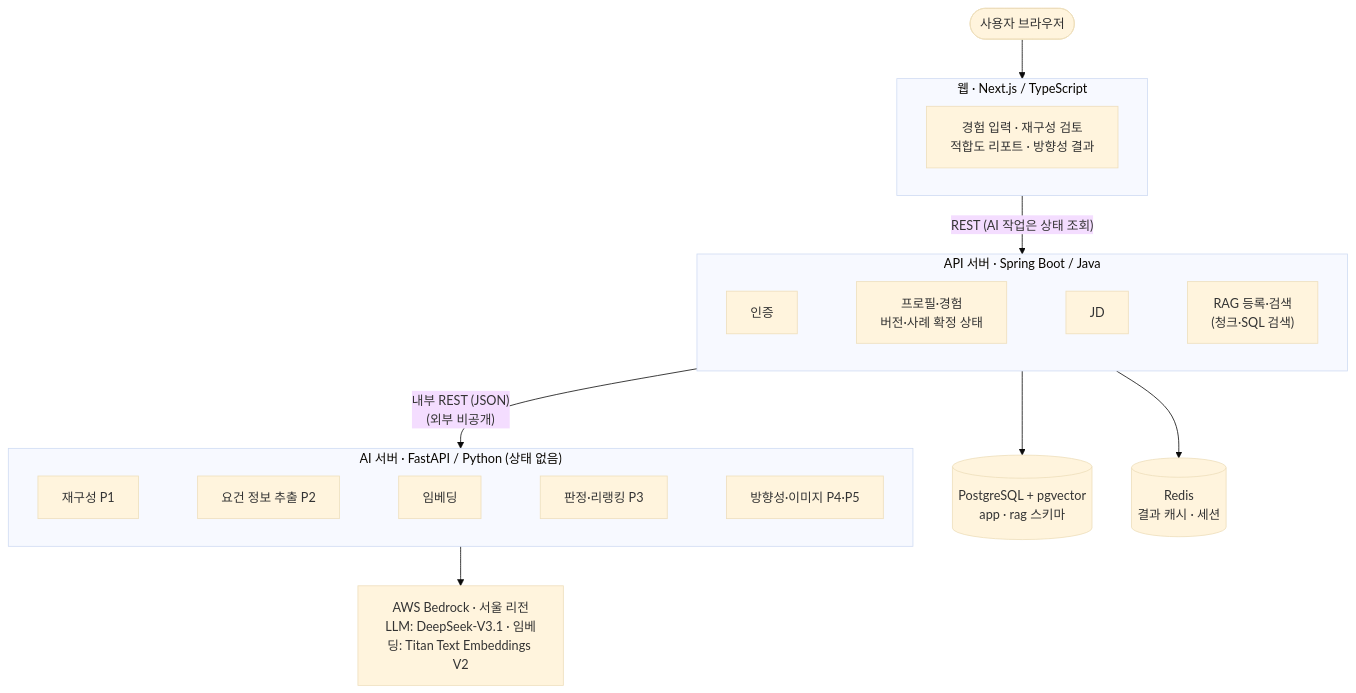
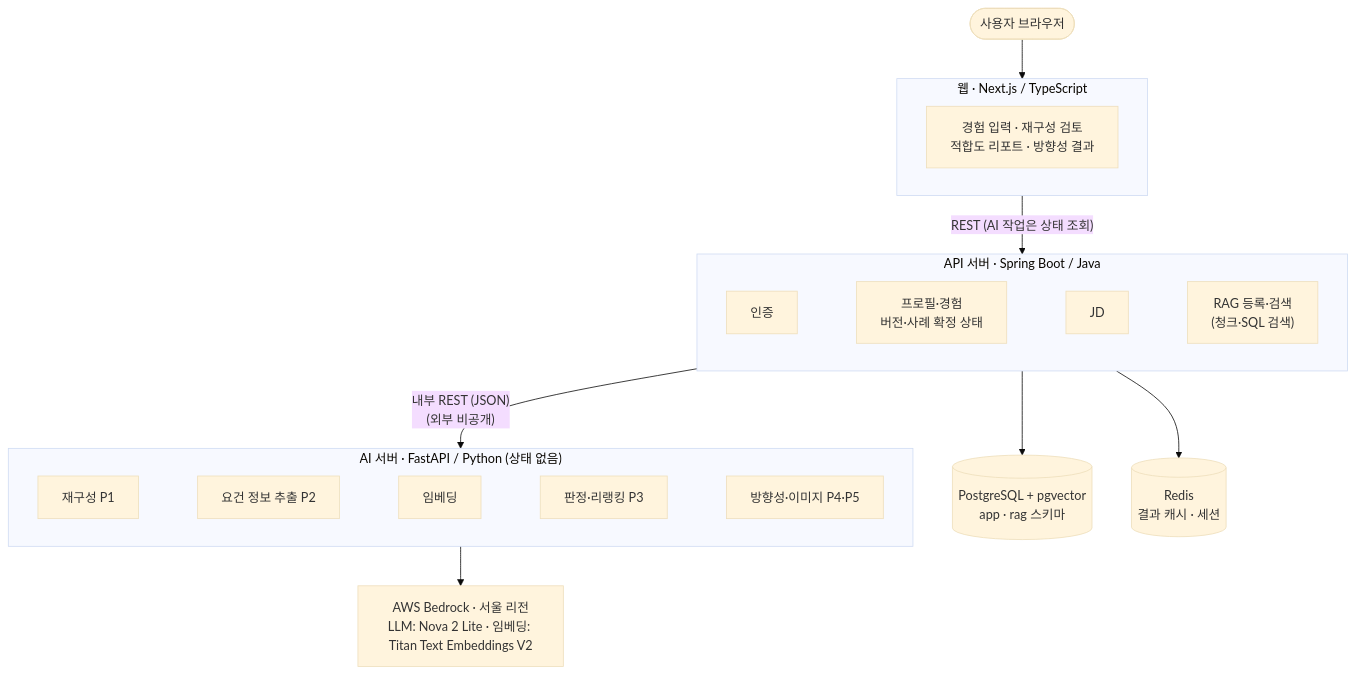
One commit to nerd-nam/SPEC-nerdnam changed the second of 3 diagrams in 기획서.md. Above: the diagram before and after it, drawn with Mermaid (base theme). The commit also changed other lines of this file and 2 other files, not shown here.

Commit message:
docs: LLM을 Amazon Nova 2 Lite로 변경, 실측 결과·호출 한도·국외 처리 반영 (ADR-0007)

````diff
--- a/기획서.md
+++ b/기획서.md
@@ -409,18 +409,18 @@
 ```mermaid
 flowchart TB
     U(["사용자 브라우저"]) --> WEB
     subgraph WEB["웹 · Next.js / TypeScript"]
         W1["경험 입력 · 재구성 검토<br/>적합도 리포트 · 방향성 결과"]
     end
     WEB -- "REST (AI 작업은 상태 조회)" --> API
     subgraph API["API 서버 · Spring Boot / Java"]
         A1["인증"] ~~~ A2["프로필·경험<br/>버전·사례 확정 상태"] ~~~ A3["JD"] ~~~ A4["RAG 등록·검색<br/>(청크·SQL 검색)"]
     end
     API -- "내부 REST (JSON)<br/>(외부 비공개)" --> AI
     subgraph AI["AI 서버 · FastAPI / Python (상태 없음)"]
         I1["재구성 P1"] ~~~ I2["요건 정보 추출 P2"] ~~~ I3["임베딩"] ~~~ I4["판정·리랭킹 P3"] ~~~ I5["방향성·이미지 P4·P5"]
     end
     API --> PG[("PostgreSQL + pgvector<br/>app · rag 스키마")]
     API --> RD[("Redis<br/>결과 캐시 · 세션")]
-    AI --> BR["AWS Bedrock · 서울 리전<br/>LLM: DeepSeek-V3.1 · 임베딩: Titan Text Embeddings V2"]
+    AI --> BR["AWS Bedrock · 서울 리전<br/>LLM: Nova 2 Lite · 임베딩: Titan Text Embeddings V2"]
 ```
````
